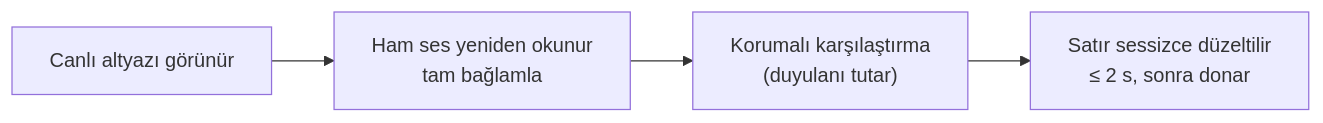
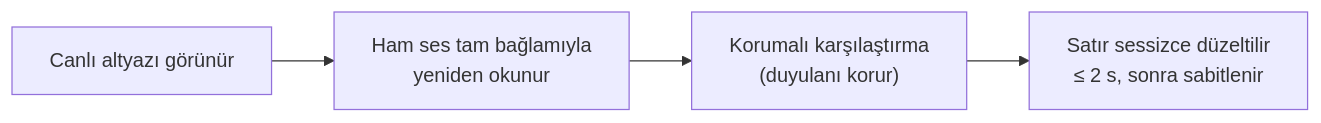
One commit to rpalm01-star/VigilantEarLegal changed the third of 4 diagrams in README_tr.md. Above: the diagram before and after it, drawn with Mermaid. The commit also changed other lines of this file and 29 other files, not shown here.

````diff
--- a/README_tr.md
+++ b/README_tr.md
@@ -155,4 +157,4 @@
 ```mermaid
 graph LR
-    L["Canlı altyazı görünür"] --> K["Ham ses yeniden okunur<br/>tam bağlamla"] --> V["Korumalı karşılaştırma<br/>(duyulanı tutar)"] --> W["Satır sessizce düzeltilir<br/>≤ 2 s, sonra donar"]
+    L["Canlı altyazı görünür"] --> K["Ham ses tam bağlamıyla<br/>yeniden okunur"] --> V["Korumalı karşılaştırma<br/>(duyulanı korur)"] --> W["Satır sessizce düzeltilir<br/>≤ 2 s, sonra sabitlenir"]
 ```
````
